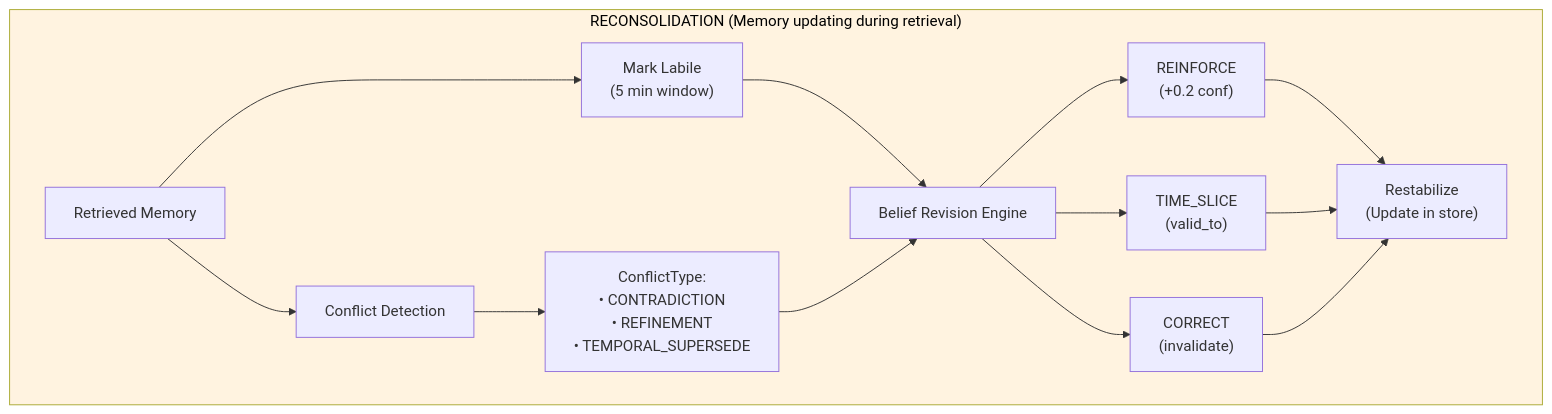
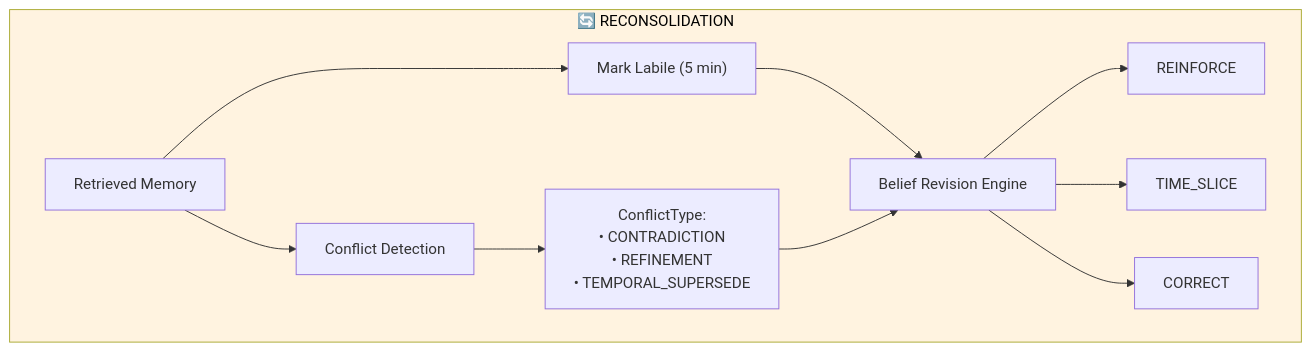
One commit to avinash-mall/CognitiveMemoryLayer changed the seventh of 9 diagrams in README.md. Above: the diagram before and after it, drawn with Mermaid. The commit also changed other lines of this file and 31 other files, not shown here.

Commit message:
fix: mermaid text visibility and quote formatting

````diff
--- a/README.md
+++ b/README.md
@@ -281,14 +321,13 @@
 ```mermaid
 flowchart TB
-    subgraph Recon["RECONSOLIDATION (Memory updating during retrieval)"]
-        retrieved["Retrieved Memory"] --> mark["Mark Labile<br/>(5 min window)"]
+    subgraph Recon["🔄 RECONSOLIDATION"]
+        retrieved["Retrieved Memory"] --> mark["Mark Labile (5 min)"]
         retrieved --> detect["Conflict Detection"]
         detect --> types["ConflictType:<br/>• CONTRADICTION<br/>• REFINEMENT<br/>• TEMPORAL_SUPERSEDE"]
         mark & types --> belief["Belief Revision Engine"]
-        belief --> reinforce["REINFORCE<br/>(+0.2 conf)"]
-        belief --> timeslice["TIME_SLICE<br/>(valid_to)"]
-        belief --> correct["CORRECT<br/>(invalidate)"]
-        reinforce & timeslice & correct --> restab["Restabilize<br/>(Update in store)"]
+        belief --> reinforce["REINFORCE"]
+        belief --> timeslice["TIME_SLICE"]
+        belief --> correct["CORRECT"]
     end
     style Recon fill:#fff3e0,color:#000
 ```
````
